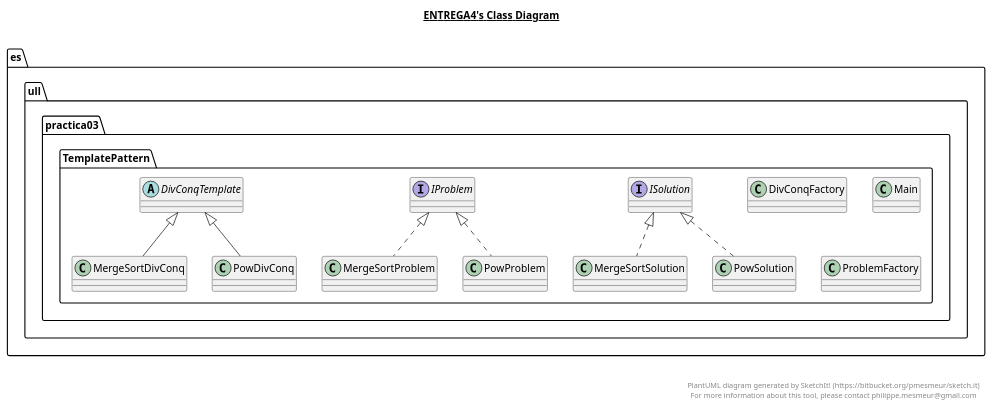
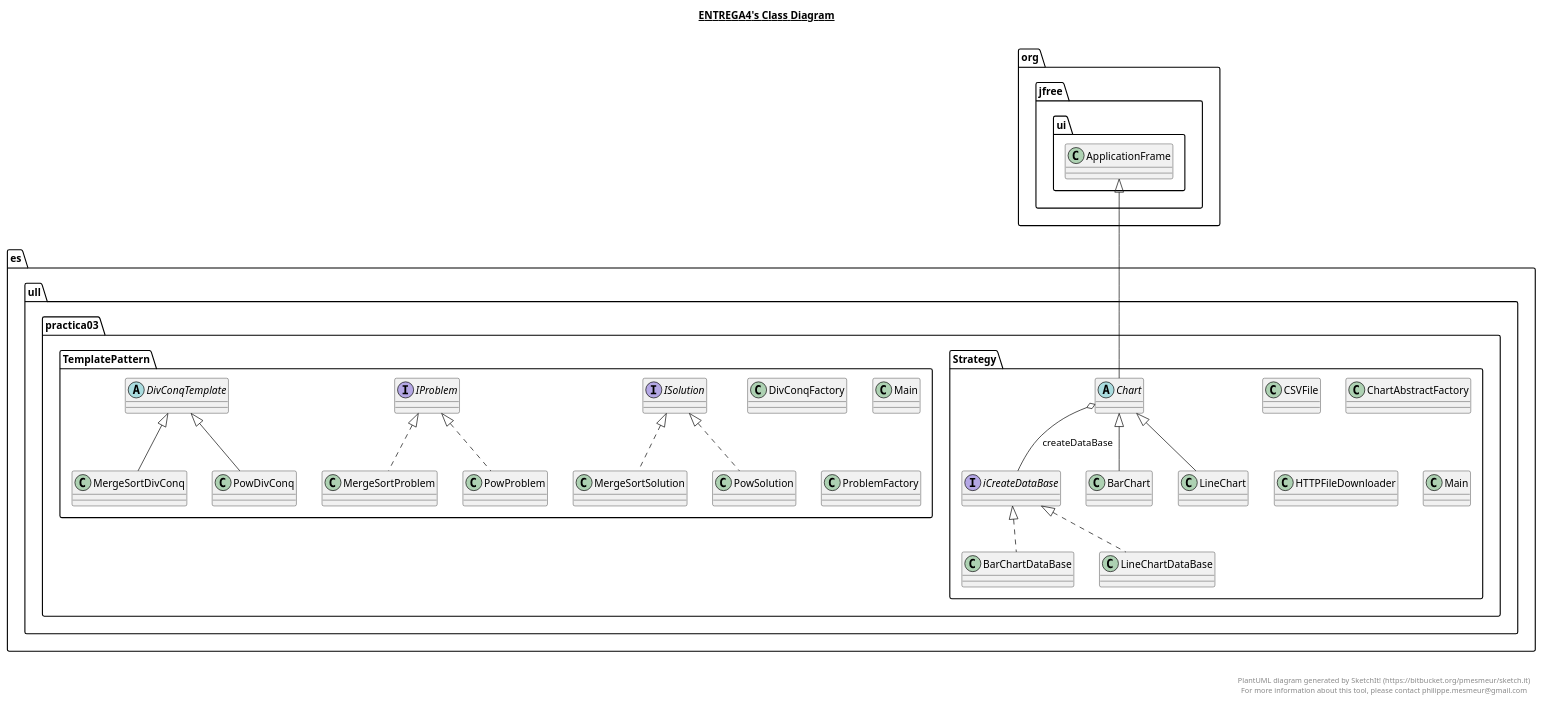
The diagram in Entrega5.plantuml (Diegodmbot/ULL-DAP-Practica04), drawn with PlantUML before and after one commit. The commit also changed 27 other files, not shown here.

```diff
--- a/Entrega5.plantuml
+++ b/Entrega5.plantuml
@@ -1,92 +1,158 @@
 @startuml
 
 title __ENTREGA4's Class Diagram__\n
+
+  namespace es.ull.practica03.Strategy {
+    class es.ull.practica03.Strategy.BarChart {
+    }
+  }
+  
+
+  namespace es.ull.practica03.Strategy {
+    class es.ull.practica03.Strategy.BarChartDataBase {
+    }
+  }
+  
+
+  namespace es.ull.practica03.Strategy {
+    class es.ull.practica03.Strategy.CSVFile {
+    }
+  }
+  
+
+  namespace es.ull.practica03.Strategy {
+    abstract class es.ull.practica03.Strategy.Chart {
+    }
+  }
+  
+
+  namespace es.ull.practica03.Strategy {
+    class es.ull.practica03.Strategy.ChartAbstractFactory {
+    }
+  }
+  
+
+  namespace es.ull.practica03.Strategy {
+    class es.ull.practica03.Strategy.HTTPFileDownloader {
+    }
+  }
+  
+
+  namespace es.ull.practica03.Strategy {
+    class es.ull.practica03.Strategy.LineChart {
+    }
+  }
+  
+
+  namespace es.ull.practica03.Strategy {
+    class es.ull.practica03.Strategy.LineChartDataBase {
+    }
+  }
+  
+
+  namespace es.ull.practica03.Strategy {
+    class es.ull.practica03.Strategy.Main {
+    }
+  }
+  
+
+  namespace es.ull.practica03.Strategy {
+    interface es.ull.practica03.Strategy.iCreateDataBase {
+    }
+  }
+  
 
   namespace es.ull.practica03.TemplatePattern {
     class es.ull.practica03.TemplatePattern.DivConqFactory {
     }
   }
   
 
   namespace es.ull.practica03.TemplatePattern {
     abstract class es.ull.practica03.TemplatePattern.DivConqTemplate {
     }
   }
   
 
   namespace es.ull.practica03.TemplatePattern {
     interface es.ull.practica03.TemplatePattern.IProblem {
     }
   }
   
 
   namespace es.ull.practica03.TemplatePattern {
     interface es.ull.practica03.TemplatePattern.ISolution {
     }
   }
   
 
   namespace es.ull.practica03.TemplatePattern {
     class es.ull.practica03.TemplatePattern.Main {
     }
   }
   
 
   namespace es.ull.practica03.TemplatePattern {
     class es.ull.practica03.TemplatePattern.MergeSortDivConq {
     }
   }
   
 
   namespace es.ull.practica03.TemplatePattern {
     class es.ull.practica03.TemplatePattern.MergeSortProblem {
     }
   }
   
 
   namespace es.ull.practica03.TemplatePattern {
     class es.ull.practica03.TemplatePattern.MergeSortSolution {
     }
   }
   
 
   namespace es.ull.practica03.TemplatePattern {
     class es.ull.practica03.TemplatePattern.PowDivConq {
     }
   }
   
 
   namespace es.ull.practica03.TemplatePattern {
     class es.ull.practica03.TemplatePattern.PowProblem {
     }
   }
   
 
   namespace es.ull.practica03.TemplatePattern {
     class es.ull.practica03.TemplatePattern.PowSolution {
     }
   }
   
 
   namespace es.ull.practica03.TemplatePattern {
     class es.ull.practica03.TemplatePattern.ProblemFactory {
     }
   }
   
 
+  es.ull.practica03.Strategy.BarChart -up-|> es.ull.practica03.Strategy.Chart
+  es.ull.practica03.Strategy.BarChartDataBase .up.|> es.ull.practica03.Strategy.iCreateDataBase
+  es.ull.practica03.Strategy.Chart -up-|> org.jfree.ui.ApplicationFrame
+  es.ull.practica03.Strategy.Chart o-- es.ull.practica03.Strategy.iCreateDataBase : createDataBase
+  es.ull.practica03.Strategy.LineChart -up-|> es.ull.practica03.Strategy.Chart
+  es.ull.practica03.Strategy.LineChartDataBase .up.|> es.ull.practica03.Strategy.iCreateDataBase
   es.ull.practica03.TemplatePattern.MergeSortDivConq -up-|> es.ull.practica03.TemplatePattern.DivConqTemplate
   es.ull.practica03.TemplatePattern.MergeSortProblem .up.|> es.ull.practica03.TemplatePattern.IProblem
   es.ull.practica03.TemplatePattern.MergeSortSolution .up.|> es.ull.practica03.TemplatePattern.ISolution
   es.ull.practica03.TemplatePattern.PowDivConq -up-|> es.ull.practica03.TemplatePattern.DivConqTemplate
   es.ull.practica03.TemplatePattern.PowProblem .up.|> es.ull.practica03.TemplatePattern.IProblem
   es.ull.practica03.TemplatePattern.PowSolution .up.|> es.ull.practica03.TemplatePattern.ISolution
 
 
 right footer
 
 
 PlantUML diagram generated by SketchIt! (https://bitbucket.org/pmesmeur/sketch.it)
 For more information about this tool, please contact philippe.mesmeur@gmail.com
 endfooter
 
 @enduml
```
